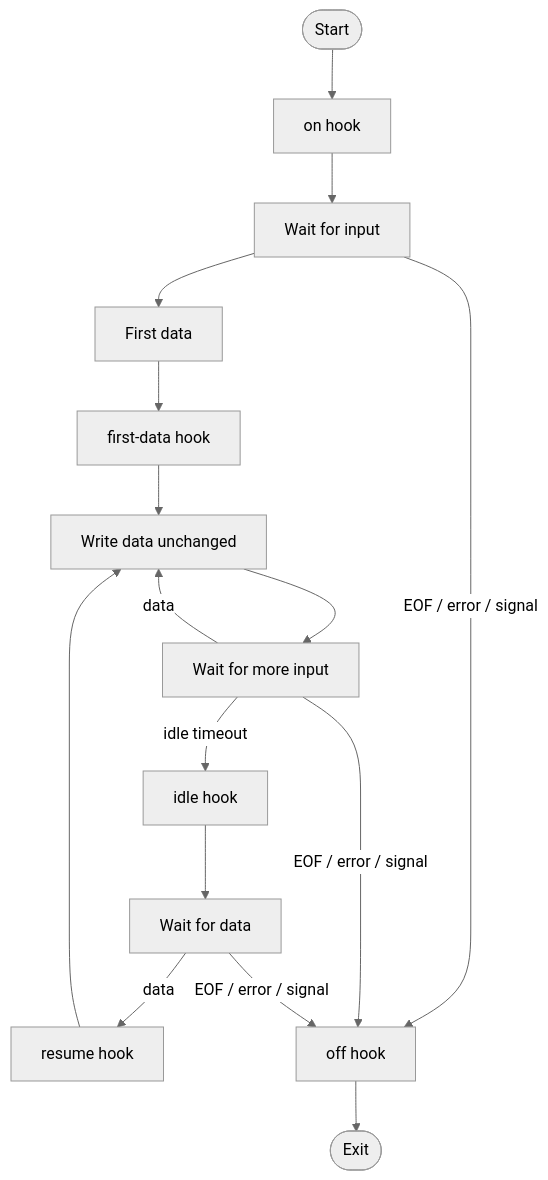
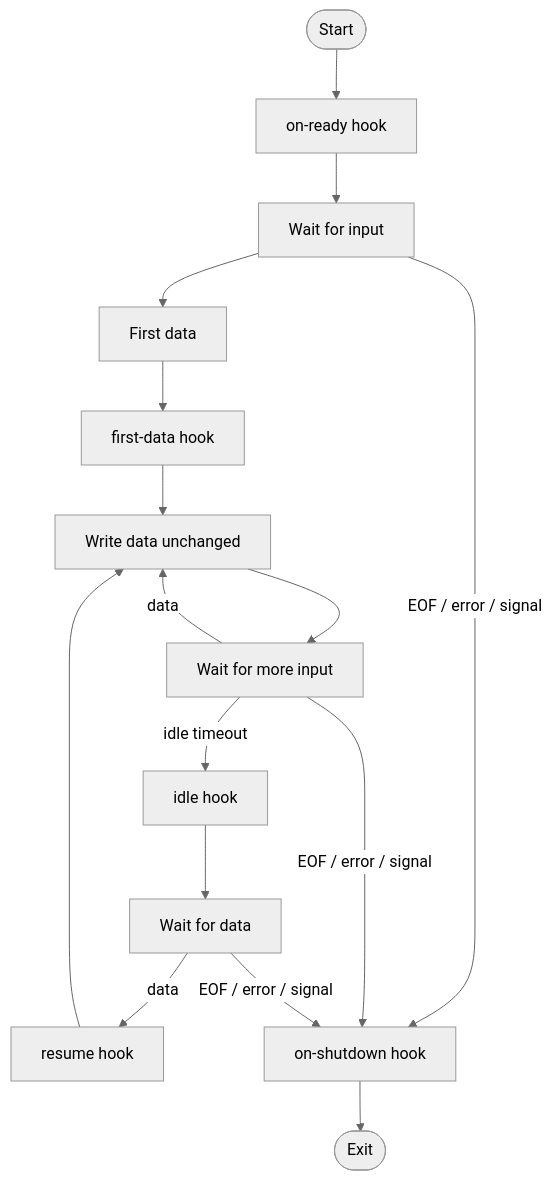
Before and after one commit to zaubermaerchen/pipewisp: the second of 2 diagrams in README.md, drawn with Mermaid (neutral theme). The commit also changed other lines of this file and 16 other files, not shown here.

````diff
--- a/README.md
+++ b/README.md
@@ -79,21 +79,21 @@
 ```mermaid
 flowchart TD
-    start([Start]) --> on["on hook"]
-    on --> input["Wait for input"]
+    start([Start]) --> ready["on-ready hook"]
+    ready --> input["Wait for input"]
 
     input --> first["First data"]
     first --> firsthook["first-data hook"]
     firsthook --> pass["Write data unchanged"]
 
     pass --> wait["Wait for more input"]
     wait -->|data| pass
     wait -->|idle timeout| idle["idle hook"]
     idle --> resume["Wait for data"]
     resume -->|data| resumehook["resume hook"]
     resumehook --> pass
 
-    input -->|EOF / error / signal| off["off hook"]
-    wait -->|EOF / error / signal| off
-    resume -->|EOF / error / signal| off
-    off --> done([Exit])
+    input -->|EOF / error / signal| shutdown["on-shutdown hook"]
+    wait -->|EOF / error / signal| shutdown
+    resume -->|EOF / error / signal| shutdown
+    shutdown --> done([Exit])
 ```
````
